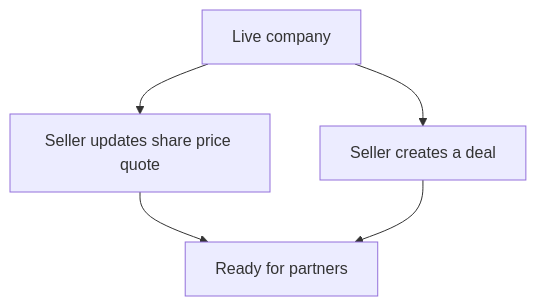
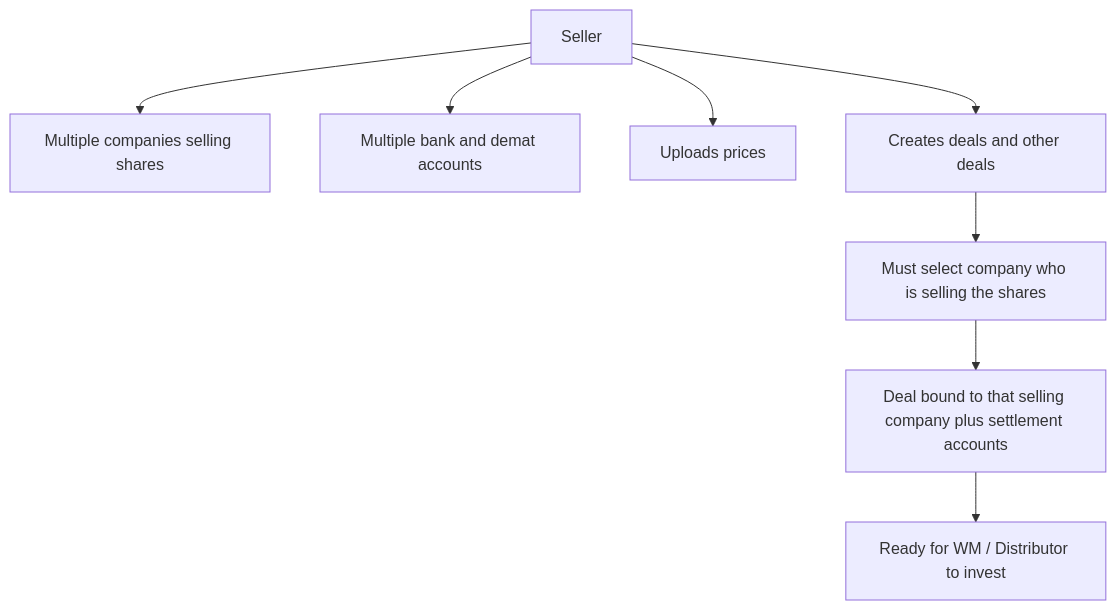
The diagram in docs/workflows/flows/seller-prices-and-deals.md (kavadevelopers/PrivateDealsBackend), drawn with Mermaid before and after one commit. The commit also changed other lines of this file and 16 other files, not shown here.

````diff
--- a/docs/workflows/flows/seller-prices-and-deals.md
+++ b/docs/workflows/flows/seller-prices-and-deals.md
@@ -15,7 +15,10 @@
 ```mermaid
 flowchart TD
-  Live[Live company] --> Price[Seller updates share price quote]
-  Live --> Deal[Seller creates a deal]
-  Price --> Ready[Ready for partners]
-  Deal --> Ready
+  Seller[Seller] --> MultiCo[Multiple companies selling shares]
+  Seller --> MultiAcct[Multiple bank and demat accounts]
+  Seller --> Prices[Uploads prices]
+  Seller --> Deals[Creates deals and other deals]
+  Deals --> Select[Must select company who is selling the shares]
+  Select --> Bound[Deal bound to that selling company plus settlement accounts]
+  Bound --> PartnerReady[Ready for WM / Distributor to invest]
 ```
````
